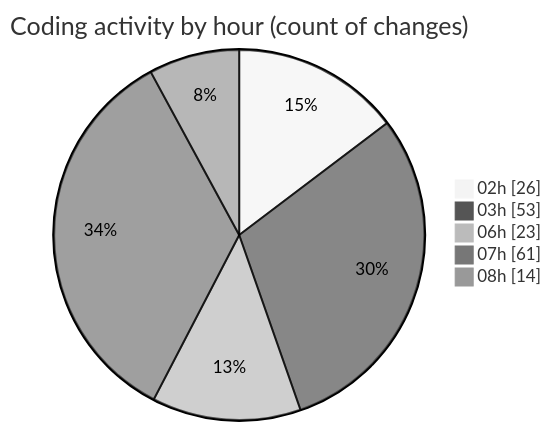
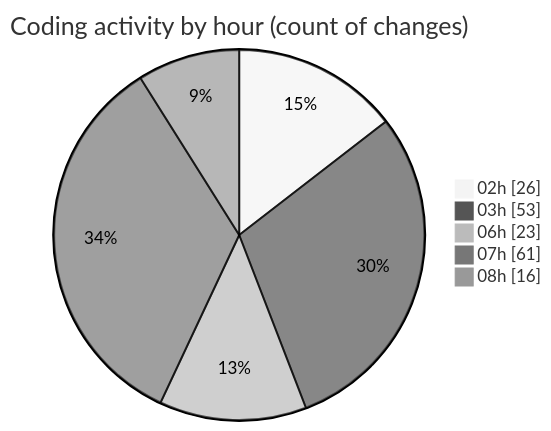
The second of 2 diagrams in 2025-02-22/micros/README.md (charlie-sans/code-tracking), drawn with Mermaid (neutral theme) before and after one commit. The commit also changed other lines of this file and 1 other file, not shown here.

````diff
--- a/2025-02-22/micros/README.md
+++ b/2025-02-22/micros/README.md
@@ -73,9 +73,9 @@
 ```mermaid
 pie showData
 title Coding activity by hour (count of changes)
 "02h" : 26
 "03h" : 53
 "06h" : 23
 "07h" : 61
-"08h" : 14
+"08h" : 16
 ```
````
